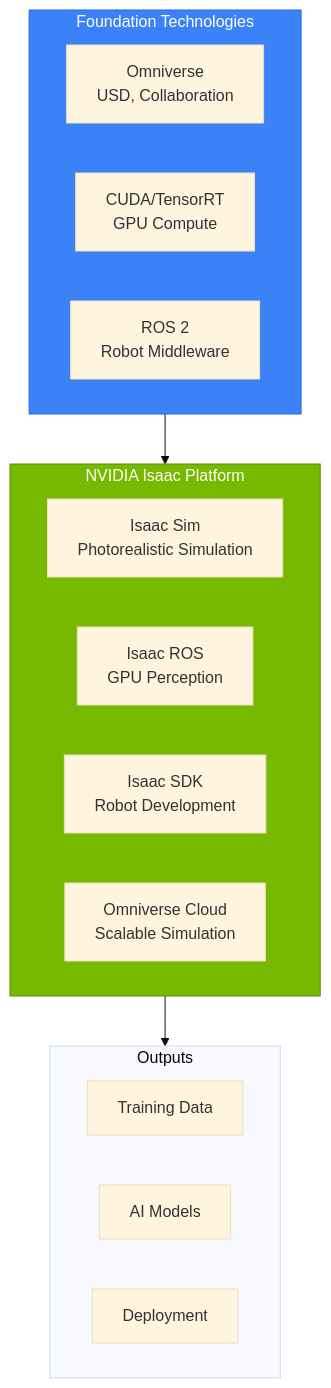
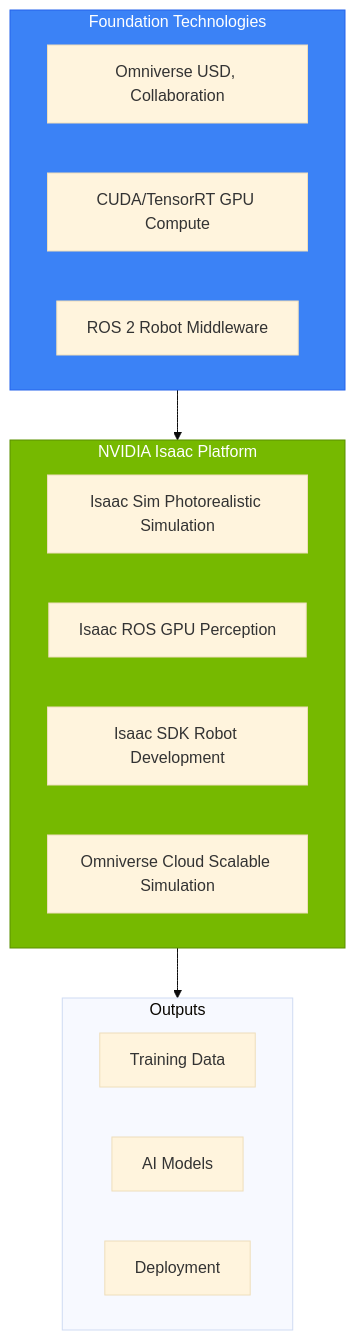
Before and after one commit to shakir-hussain1/physical-AI-and-humanoid-robotics-textbook-by-shakir-hussain: the first of 5 diagrams in docs/modules/module-3-isaac/chapter-09-platform.md, drawn with Mermaid (base theme). The commit also changed other lines of this file and 17 other files, not shown here.

Commit message:
fix: Remove br tags from Mermaid diagrams causing parse errors

````diff
--- a/docs/modules/module-3-isaac/chapter-09-platform.md
+++ b/docs/modules/module-3-isaac/chapter-09-platform.md
@@ -33,27 +33,27 @@
 ```mermaid
 flowchart TD
     subgraph IsaacPlatform["NVIDIA Isaac Platform"]
-        SIM[Isaac Sim<br/>Photorealistic Simulation]
-        ROS[Isaac ROS<br/>GPU Perception]
-        SDK[Isaac SDK<br/>Robot Development]
-        CLOUD[Omniverse Cloud<br/>Scalable Simulation]
+        SIM[Isaac Sim Photorealistic Simulation]
+        ROS[Isaac ROS GPU Perception]
+        SDK[Isaac SDK Robot Development]
+        CLOUD[Omniverse Cloud Scalable Simulation]
     end
 
     subgraph Foundation["Foundation Technologies"]
-        OMNI[Omniverse<br/>USD, Collaboration]
-        CUDA[CUDA/TensorRT<br/>GPU Compute]
-        ROS2[ROS 2<br/>Robot Middleware]
+        OMNI[Omniverse USD, Collaboration]
+        CUDA[CUDA/TensorRT GPU Compute]
+        ROS2[ROS 2 Robot Middleware]
     end
 
     subgraph Output["Outputs"]
         TRAIN[Training Data]
         MODELS[AI Models]
         DEPLOY[Deployment]
     end
 
     Foundation --> IsaacPlatform
     IsaacPlatform --> Output
 
     style IsaacPlatform fill:#76b900,stroke:#5a8f00,color:#fff
     style Foundation fill:#3b82f6,stroke:#2563eb,color:#fff
 ```
````
